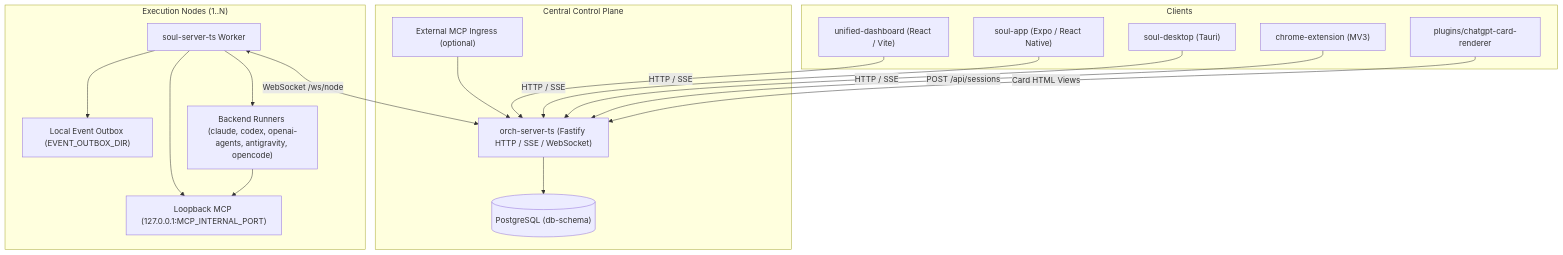
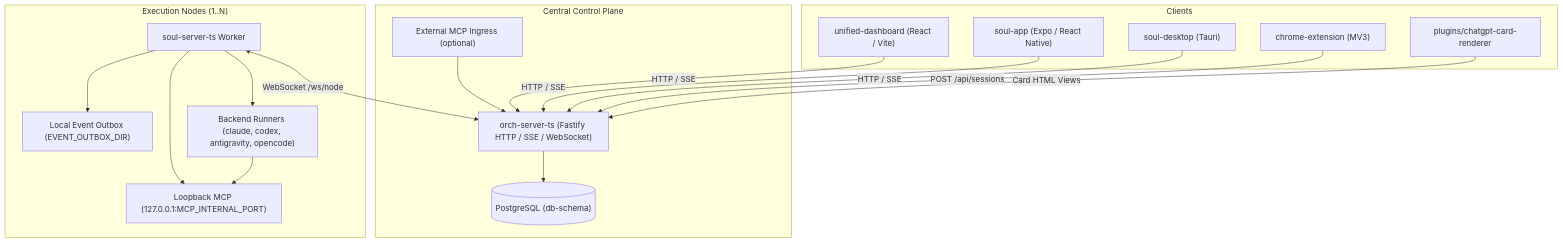
Before and after one commit to eiaserinnys/soulstream: the diagram in docs/guide/architecture.md, drawn with Mermaid. The commit also changed other lines of this file and 105 other files, not shown here.

First line of the commit message:
chore: 쓰지 않는 OpenAI Agents 백엔드, 노드 LLM 프록시, Codex 비용 백필을 지운다 (카드 #1889)

````diff
--- a/docs/guide/architecture.md
+++ b/docs/guide/architecture.md
@@ -7,36 +7,36 @@
 ```mermaid
 flowchart TB
   subgraph Clients["Clients"]
     Web["unified-dashboard (React / Vite)"]
     App["soul-app (Expo / React Native)"]
     Desktop["soul-desktop (Tauri)"]
     Ext["chrome-extension (MV3)"]
     Plugin["plugins/chatgpt-card-renderer"]
   end
 
   subgraph ControlPlane["Central Control Plane"]
     Orch["orch-server-ts (Fastify HTTP / SSE / WebSocket)"]
     DB[("PostgreSQL (db-schema)")]
     ExtMCP["External MCP Ingress (optional)"]
     Orch --> DB
     ExtMCP --> Orch
   end
 
   subgraph Workers["Execution Nodes (1..N)"]
     Worker["soul-server-ts Worker"]
     Outbox["Local Event Outbox (EVENT_OUTBOX_DIR)"]
     LoopbackMCP["Loopback MCP (127.0.0.1:MCP_INTERNAL_PORT)"]
-    Runners["Backend Runners (claude, codex, openai-agents, antigravity, opencode)"]
+    Runners["Backend Runners (claude, codex, antigravity, opencode)"]
     Worker --> Outbox
     Worker --> LoopbackMCP
     Worker --> Runners
     Runners --> LoopbackMCP
   end
 
   Web -->|HTTP / SSE| Orch
   App -->|HTTP / SSE| Orch
   Desktop -->|HTTP / SSE| Orch
   Ext -->|POST /api/sessions| Orch
   Plugin -->|Card HTML Views| Orch
   Worker <-->|WebSocket /ws/node| Orch
 ```
````
